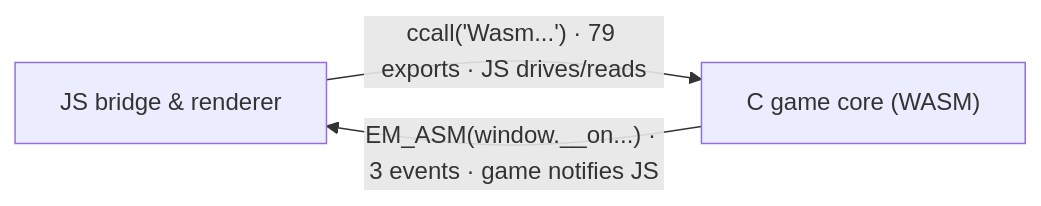
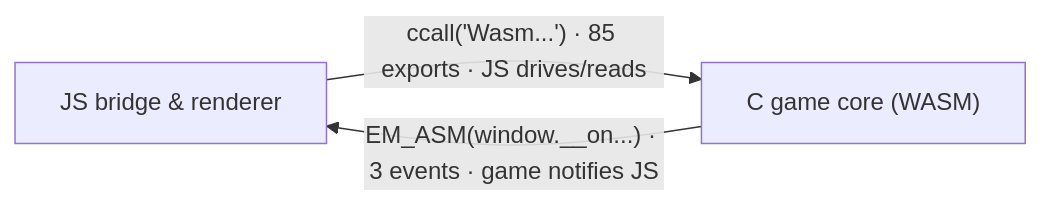
One commit to drizztdourden08/relic-of-the-past changed the diagram in docs/hooks/overview.md. Above: the diagram before and after it, drawn with Mermaid. The commit also changed other lines of this file and 718 other files, not shown here.

````diff
--- a/docs/hooks/overview.md
+++ b/docs/hooks/overview.md
@@ -13,7 +13,7 @@
 ```mermaid
 flowchart LR
     JS["JS bridge & renderer"]
     C["C game core (WASM)"]
-    JS -->|"ccall('Wasm...') · 79 exports · JS drives/reads"| C
+    JS -->|"ccall('Wasm...') · 85 exports · JS drives/reads"| C
     C -->|"EM_ASM(window.__on...) · 3 events · game notifies JS"| JS
 ```
````
